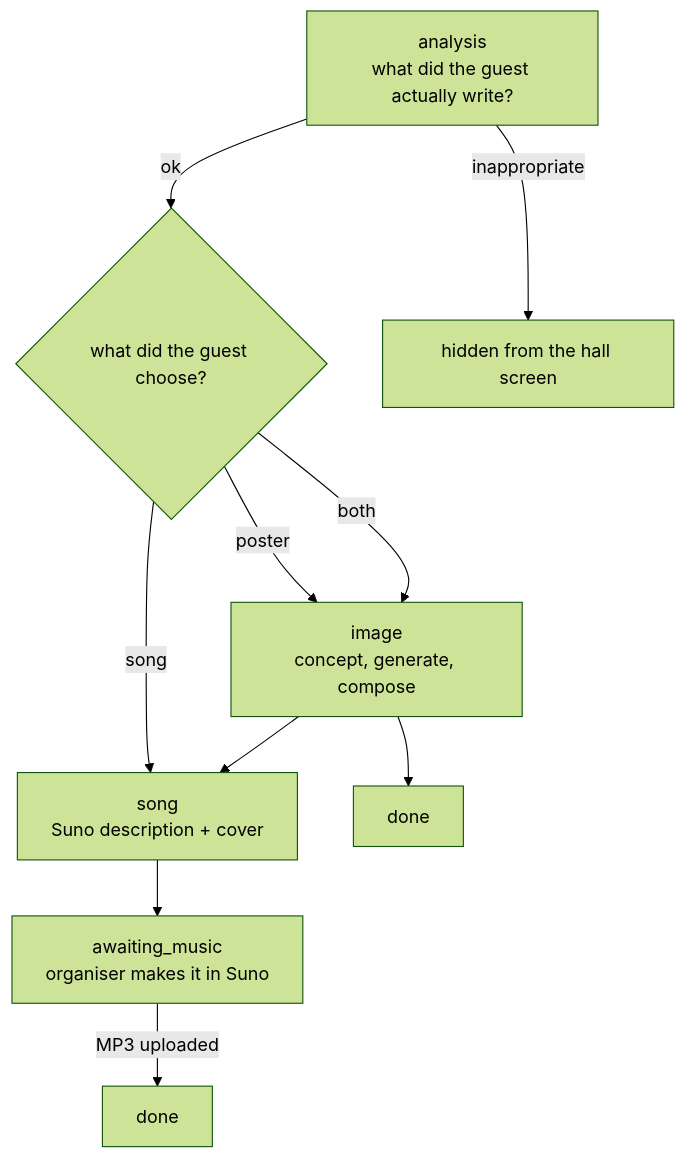
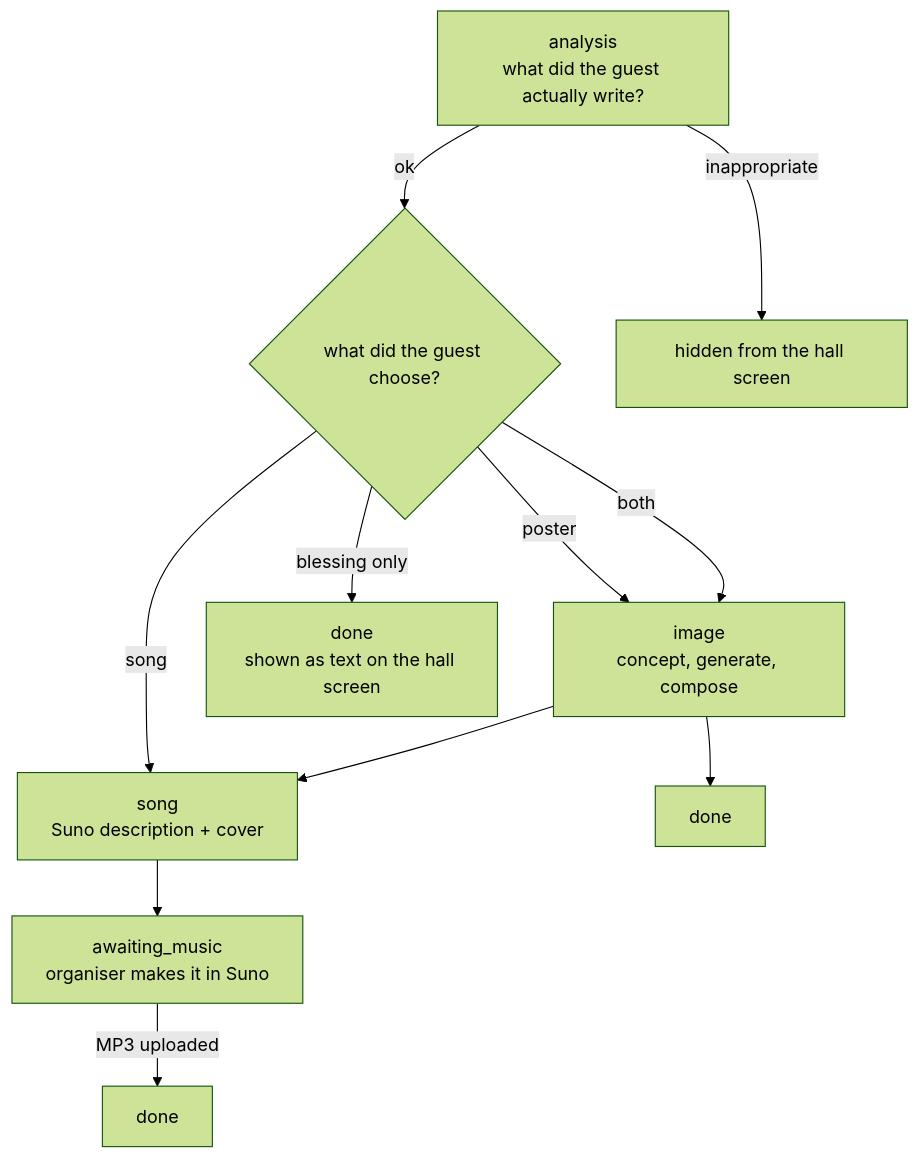
One commit to yutal/carmel_bar_mitzva changed the third of 6 diagrams in README.md. Above: the diagram before and after it, drawn with Mermaid (forest theme). The commit also changed other lines of this file and 23 other files, not shown here.

First line of the commit message:
Guest flow fixes, blessing-only, queue position, styles, hall screen, PDF album

````diff
--- a/README.md
+++ b/README.md
@@ -143,11 +143,12 @@
 ```mermaid
 flowchart TD
     A["analysis<br/>what did the guest actually write?"] -->|ok| B{"what did the guest choose?"}
     A -->|inappropriate| H["hidden from the hall screen"]
     B -->|poster| I["image<br/>concept, generate, compose"]
     B -->|song| S["song<br/>Suno description + cover"]
     B -->|both| I --> S
+    B -->|blessing only| D3["done<br/>shown as text on the hall screen"]
     S --> W["awaiting_music<br/>organiser makes it in Suno"]
     W -->|MP3 uploaded| D["done"]
     I --> D2["done"]
 ```
````
